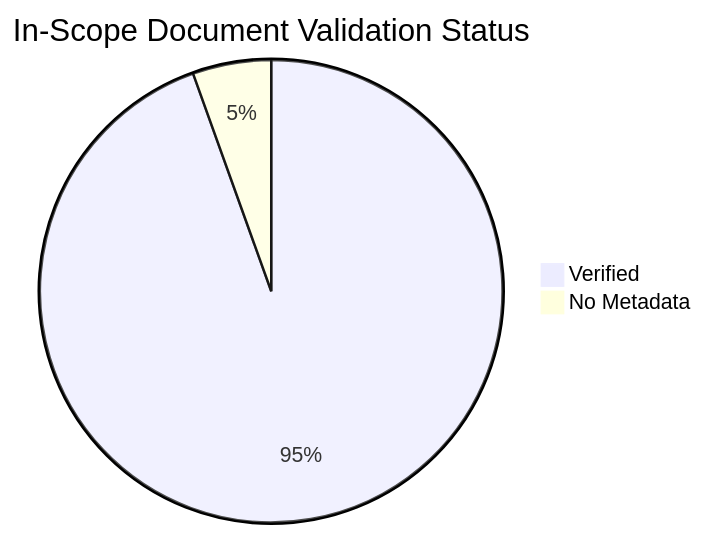
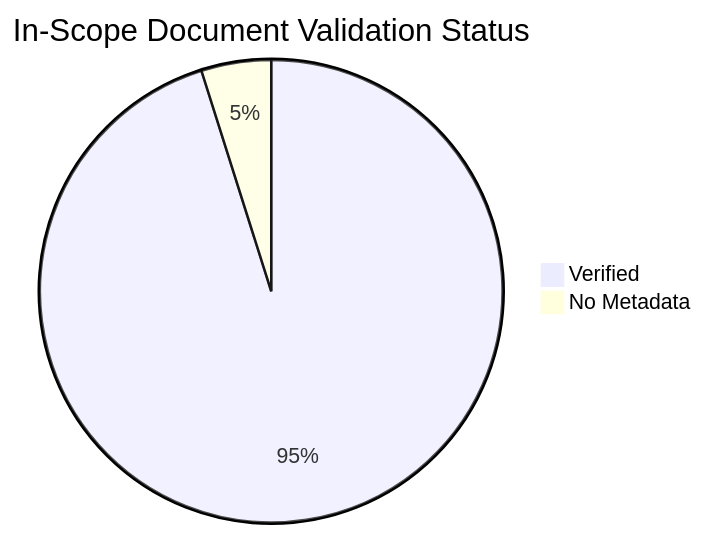
Before and after one commit to yeongseon/azure-container-apps-practical-guide: the diagram in docs/reference/content-validation-status.md, drawn with Mermaid. The commit also changed other lines of this file and 3 other files, not shown here.

First line of the commit message:
docs(diagrams): migrate the Container Apps networking index and Application Gateway diagrams (#593)

````diff
--- a/docs/reference/content-validation-status.md
+++ b/docs/reference/content-validation-status.md
@@ -25,5 +25,5 @@
 ```mermaid
 pie title In-Scope Document Validation Status
-    "Verified" : 155
-    "No Metadata" : 9
+    "Verified" : 156
+    "No Metadata" : 8
 ```
````
